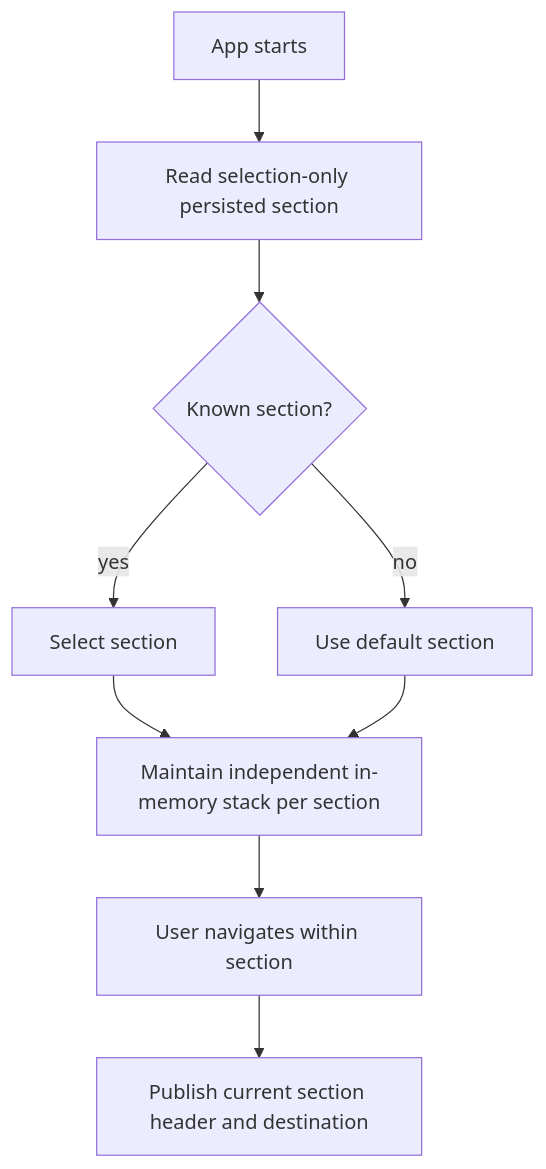
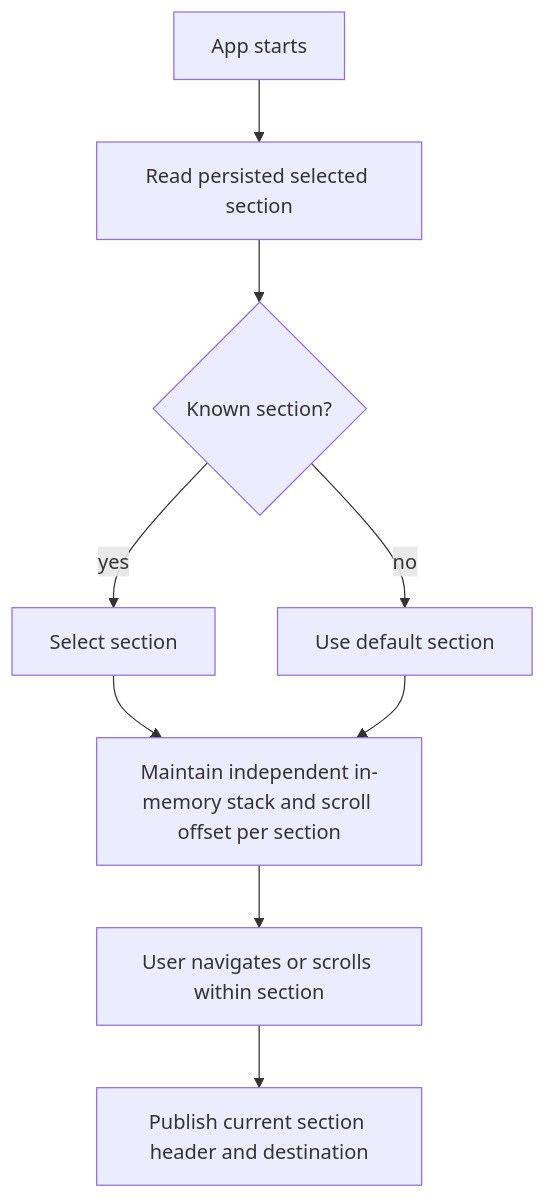
Diagram 19 of 43 in docs/stacklab/pantheon-pt/canon/DIAGRAMS_RUNTIME_NATIVE.md (SirsiMaster/sirsi-pantheon), drawn with Mermaid before and after one commit. The commit also changed other lines of this file and 9 other files, not shown here.

First line of the commit message:
fix(menubar): retain per-workspace scroll position

````diff
--- a/docs/stacklab/pantheon-pt/canon/DIAGRAMS_RUNTIME_NATIVE.md
+++ b/docs/stacklab/pantheon-pt/canon/DIAGRAMS_RUNTIME_NATIVE.md
@@ -259,11 +259,11 @@
 ```mermaid
 flowchart TD
-  START[App starts] --> LOAD[Read selection-only persisted section]
+  START[App starts] --> LOAD[Read persisted selected section]
   LOAD --> VALID{Known section?}
   VALID -->|yes| SEL[Select section]
   VALID -->|no| DEF[Use default section]
-  SEL --> STACK[Maintain independent in-memory stack per section]
+  SEL --> STACK[Maintain independent in-memory stack and scroll offset per section]
   DEF --> STACK
-  STACK --> NAV[User navigates within section]
+  STACK --> NAV[User navigates or scrolls within section]
   NAV --> HEAD[Publish current section header and destination]
 ```
````
